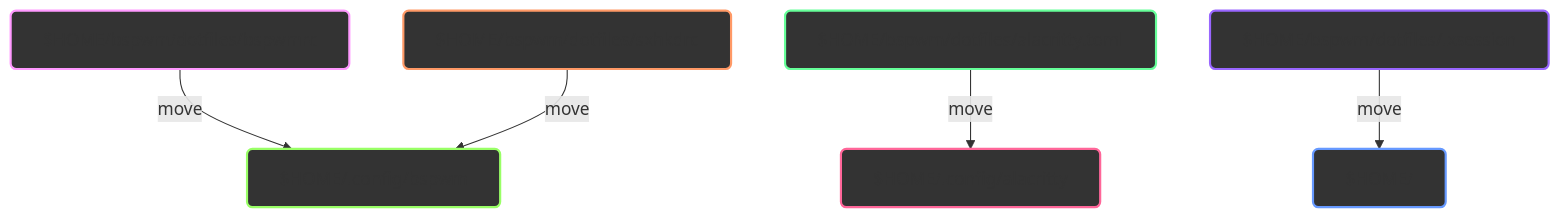
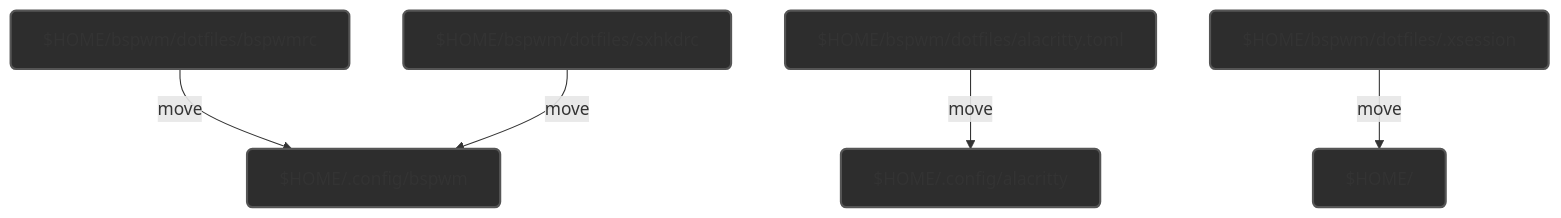
Before and after one commit to driversline/dotfiles: the diagram in README.md, drawn with Mermaid.

````diff
--- a/README.md
+++ b/README.md
@@ -9,15 +9,15 @@
 ```mermaid
 graph TD;
-    style bspwmrc fill:#333,stroke:#f9f,stroke-width:2px,rx:5,ry:5;
-    style sxhkdrc fill:#333,stroke:#f96,stroke-width:2px,rx:5,ry:5;
-    style alacritty_toml fill:#333,stroke:#6f9,stroke-width:2px,rx:5,ry:5;
-    style xsession fill:#333,stroke:#96f,stroke-width:2px,rx:5,ry:5;
-    style bspwm_config fill:#333,stroke:#9f6,stroke-width:2px,rx:5,ry:5;
-    style alacritty_config fill:#333,stroke:#f69,stroke-width:2px,rx:5,ry:5;
-    style home fill:#333,stroke:#69f,stroke-width:2px,rx:5,ry:5;
+    style bspwmrc fill:#2d2d2d,stroke:#555,stroke-width:2px,rx:5,ry:5;
+    style sxhkdrc fill:#2d2d2d,stroke:#555,stroke-width:2px,rx:5,ry:5;
+    style alacritty_toml fill:#2d2d2d,stroke:#555,stroke-width:2px,rx:5,ry:5;
+    style xsession fill:#2d2d2d,stroke:#555,stroke-width:2px,rx:5,ry:5;
+    style bspwm_config fill:#2d2d2d,stroke:#555,stroke-width:2px,rx:5,ry:5;
+    style alacritty_config fill:#2d2d2d,stroke:#555,stroke-width:2px,rx:5,ry:5;
+    style home fill:#2d2d2d,stroke:#555,stroke-width:2px,rx:5,ry:5;
 
     bspwmrc["$HOME/bspwm/dotfiles/bspwmrc"] -->|move| bspwm_config["$HOME/.config/bspwm"]
     sxhkdrc["$HOME/bspwm/dotfiles/sxhkdrc"] -->|move| bspwm_config
     alacritty_toml["$HOME/bspwm/dotfiles/alacritty.toml"] -->|move| alacritty_config["$HOME/.config/alacritty"]
     xsession["$HOME/bspwm/dotfiles/.xsession"] -->|move| home["$HOME/"]
 ```
````
